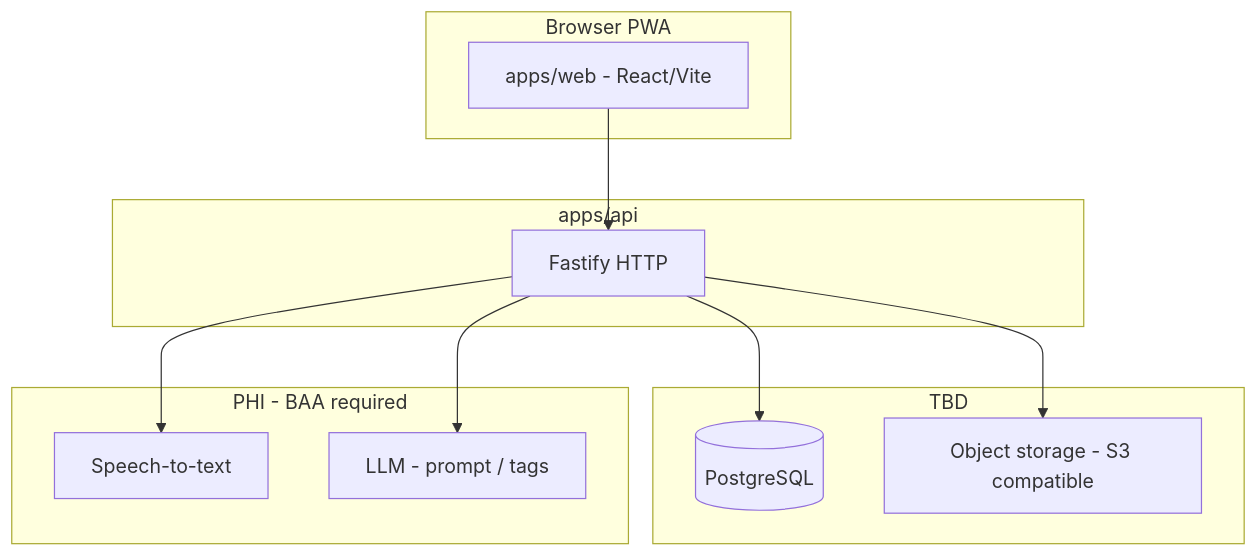
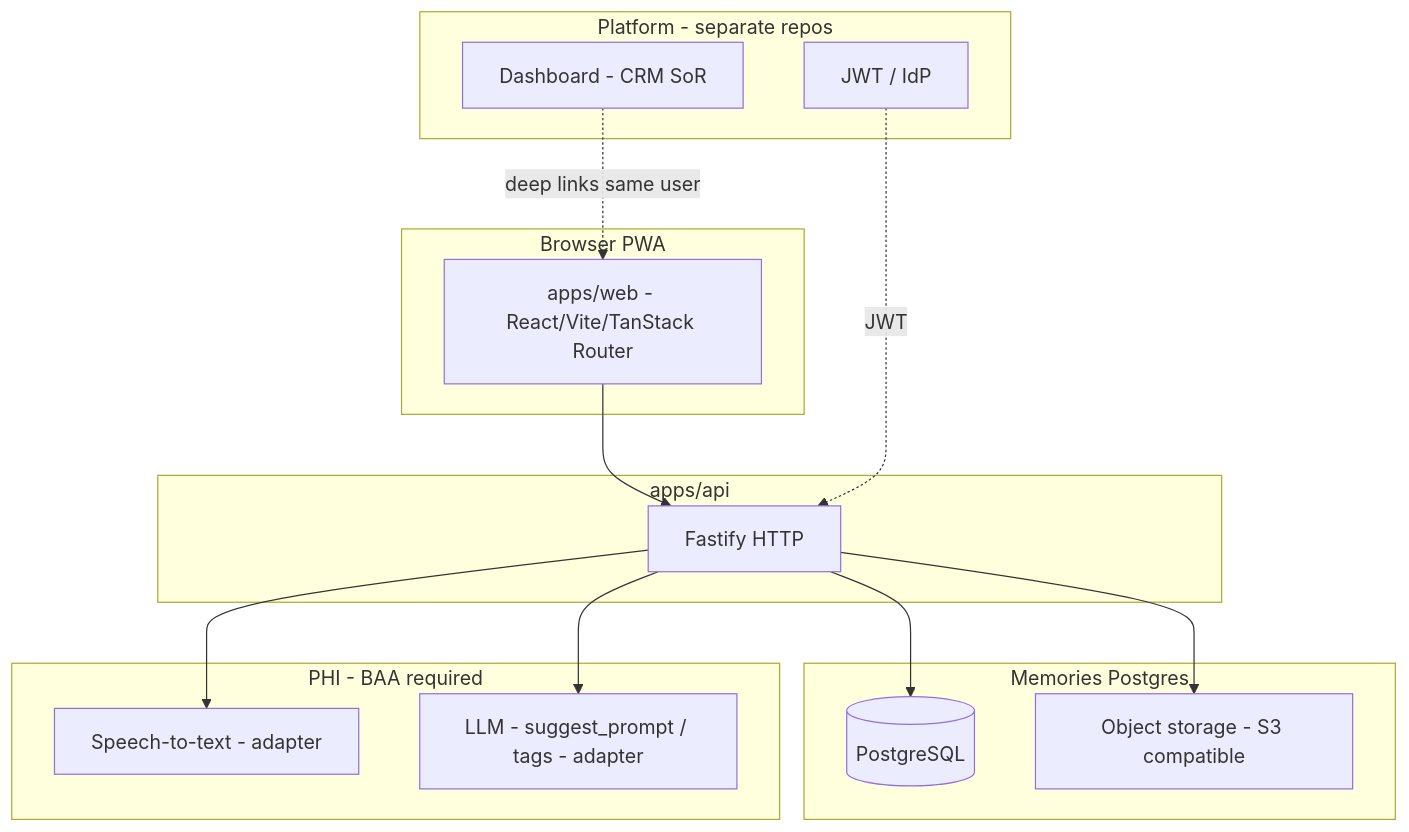
One commit to KenLevy110/Memories changed the diagram in docs/technical-design-v1.md. Above: the diagram before and after it, drawn with Mermaid. The commit also changed other lines of this file and 8 other files, not shown here.

````diff
--- a/docs/technical-design-v1.md
+++ b/docs/technical-design-v1.md
@@ -29,22 +30,28 @@
 ```mermaid
 flowchart TB
   subgraph clients [Browser PWA]
-    Web[apps/web - React/Vite]
+    Web[apps/web - React/Vite/TanStack Router]
   end
   subgraph backend [apps/api]
     API[Fastify HTTP]
   end
-  subgraph data [TBD]
+  subgraph data [Memories Postgres]
     DB[(PostgreSQL)]
     Obj[Object storage - S3 compatible]
   end
   subgraph vendors [PHI - BAA required]
-    STT[Speech-to-text]
-    AI[LLM - prompt / tags]
+    STT[Speech-to-text - adapter]
+    AI[LLM - suggest_prompt / tags - adapter]
+  end
+  subgraph platform [Platform - separate repos]
+    IdP[JWT / IdP]
+    Dash[Dashboard - CRM SoR]
   end
   Web --> API
   API --> DB
   API --> Obj
   API --> STT
   API --> AI
+  IdP -.->|JWT| API
+  Dash -.->|deep links same user| Web
 ```
````
